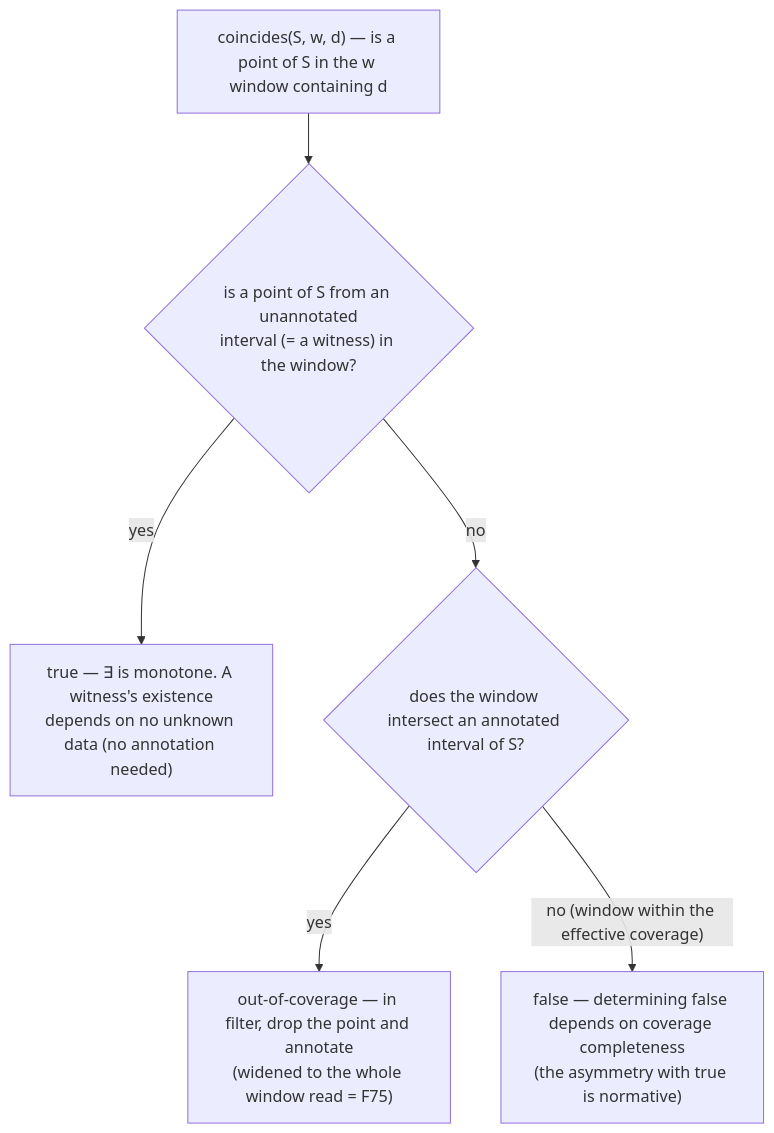
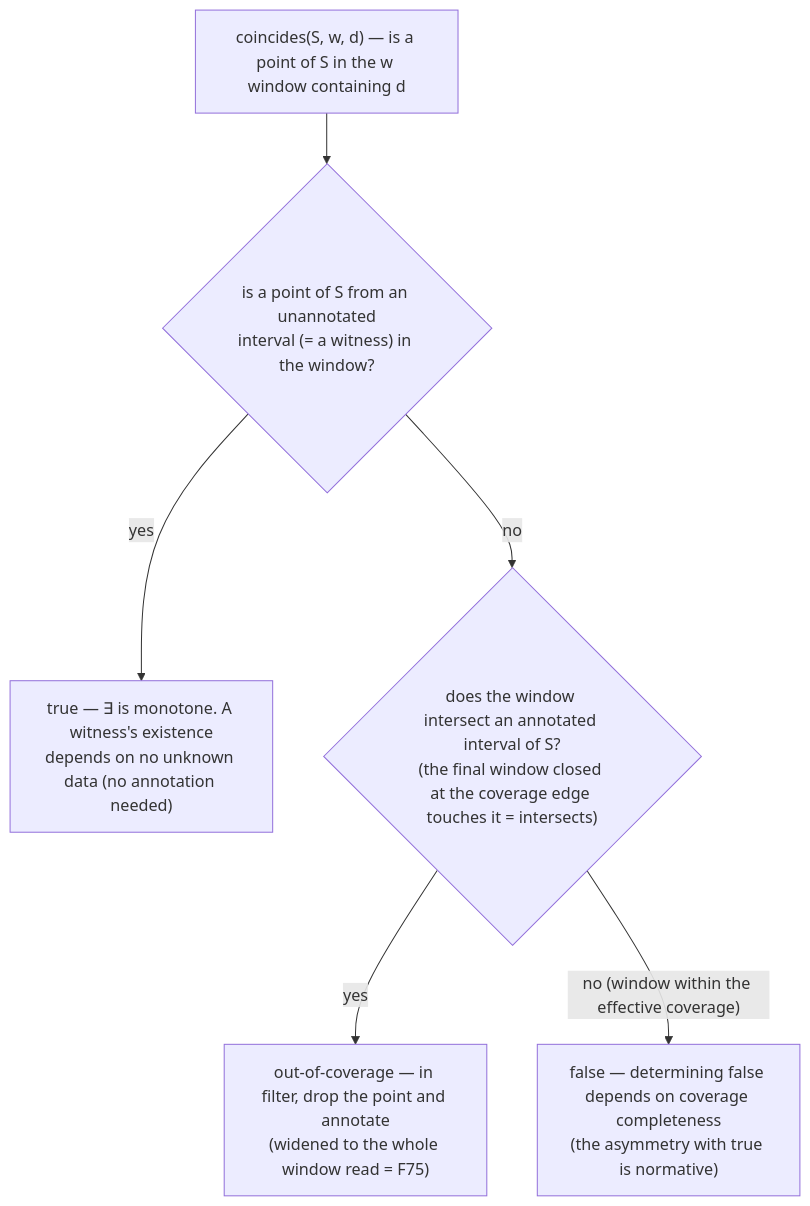
Before and after one commit to azathothx/kairos-lang: the second of 5 diagrams in en/spec/30-body-layer.md, drawn with Mermaid. The commit also changed other lines of this file and 54 other files, not shown here.

Commit message:
1.0.6（追補 23）: 覆域端で閉じた最終窓の終端は未確定（ADR-37 改訂 6・終端を読む段は窓全域に註釈・点集合は不変）・§4.8 糖衣は展開先の意味を継承・JSON Schema 2 本（--json の出力と --supply の入力）・results[].source と line・--json のエラーは stdout の JSON・--explain（段ごとの点数と途中値）・表示形は点と一対一（ms≠0 は .SSS・DST の重複は両方にオフセット）・asof は版の識別子（spec §3.8・日英）・763 テスト

````diff
--- a/en/spec/30-body-layer.md
+++ b/en/spec/30-body-layer.md
@@ -397,9 +404,9 @@
 ```mermaid
 flowchart TD
   Q["coincides(S, w, d) — is a point of S in the w window containing d"]
   Q --> W{"is a point of S from an unannotated<br/>interval (= a witness) in the window?"}
   W -- "yes" --> T["true — ∃ is monotone. A witness's existence<br/>depends on no unknown data (no annotation needed)"]
-  W -- "no" --> C{"does the window intersect an annotated interval of S?"}
+  W -- "no" --> C{"does the window intersect an annotated interval of S?<br/>(the final window closed at the coverage edge touches it = intersects)"}
   C -- "yes" --> O["out-of-coverage — in filter, drop the point and annotate<br/>(widened to the whole window read = F75)"]
   C -- "no (window within the effective coverage)" --> F["false — determining false depends on coverage completeness<br/>(the asymmetry with true is normative)"]
 ```
````
